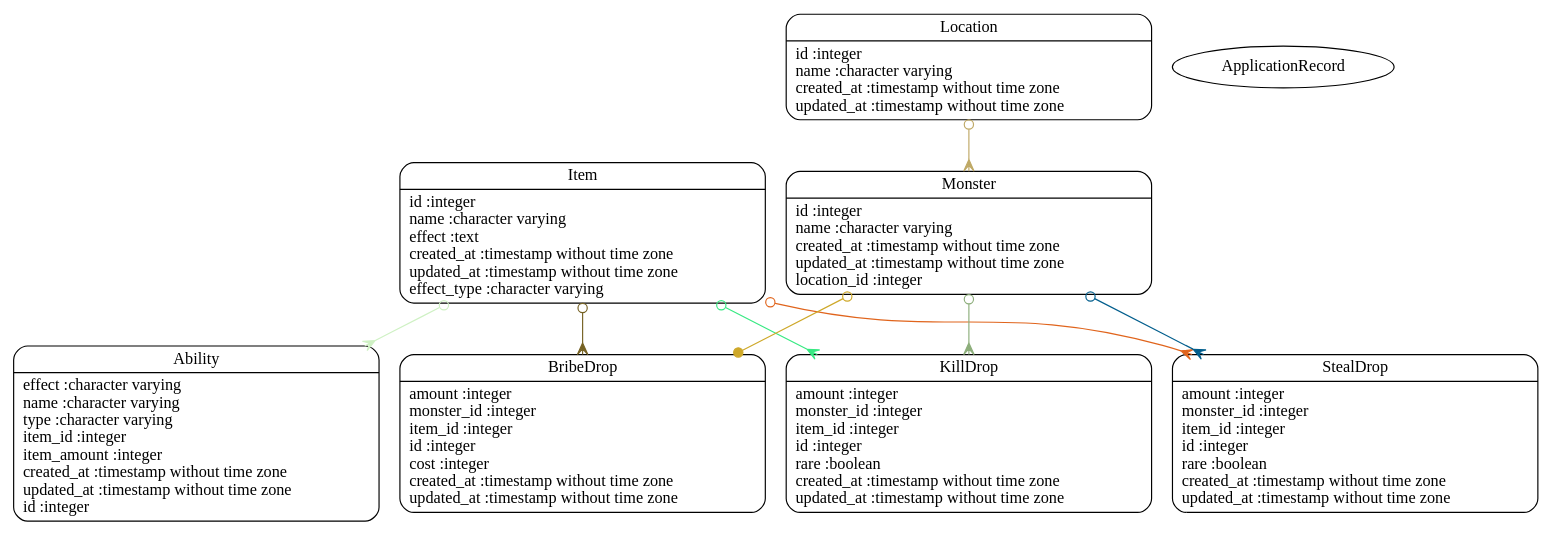
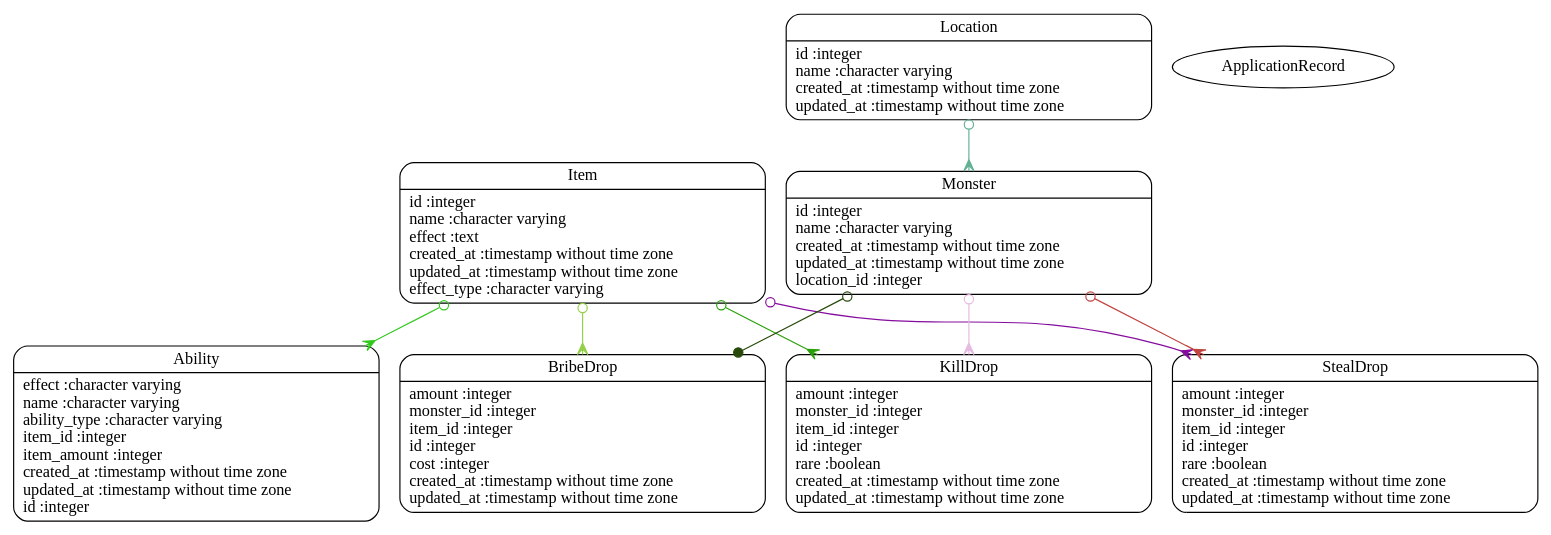
Before and after one commit to ffxindex/ffx-index-api: the diagram in models.dot, drawn with Graphviz. The commit also changed 34 other files, not shown here.

Commit message:
Expanded on location, monster, and item endpoints

```diff
--- a/models.dot
+++ b/models.dot
@@ -1,19 +1,19 @@
 digraph models_diagram {
 	graph[overlap=false, splines=true, bgcolor="none"]
-	"Ability" [shape=Mrecord, label="{Ability|effect :character varying\lname :character varying\ltype :character varying\litem_id :integer\litem_amount :integer\lcreated_at :timestamp without time zone\lupdated_at :timestamp without time zone\lid :integer\l}"]
+	"Ability" [shape=Mrecord, label="{Ability|effect :character varying\lname :character varying\lability_type :character varying\litem_id :integer\litem_amount :integer\lcreated_at :timestamp without time zone\lupdated_at :timestamp without time zone\lid :integer\l}"]
 	"ApplicationRecord" []
 	"BribeDrop" [shape=Mrecord, label="{BribeDrop|amount :integer\lmonster_id :integer\litem_id :integer\lid :integer\lcost :integer\lcreated_at :timestamp without time zone\lupdated_at :timestamp without time zone\l}"]
 	"Item" [shape=Mrecord, label="{Item|id :integer\lname :character varying\leffect :text\lcreated_at :timestamp without time zone\lupdated_at :timestamp without time zone\leffect_type :character varying\l}"]
 	"KillDrop" [shape=Mrecord, label="{KillDrop|amount :integer\lmonster_id :integer\litem_id :integer\lid :integer\lrare :boolean\lcreated_at :timestamp without time zone\lupdated_at :timestamp without time zone\l}"]
 	"Location" [shape=Mrecord, label="{Location|id :integer\lname :character varying\lcreated_at :timestamp without time zone\lupdated_at :timestamp without time zone\l}"]
 	"Monster" [shape=Mrecord, label="{Monster|id :integer\lname :character varying\lcreated_at :timestamp without time zone\lupdated_at :timestamp without time zone\llocation_id :integer\l}"]
 	"StealDrop" [shape=Mrecord, label="{StealDrop|amount :integer\lmonster_id :integer\litem_id :integer\lid :integer\lrare :boolean\lcreated_at :timestamp without time zone\lupdated_at :timestamp without time zone\l}"]
-	"Item" -> "Ability" [arrowtail=odot, arrowhead=crow, dir=both color="#CFF1C4"]
-	"Item" -> "KillDrop" [arrowtail=odot, arrowhead=crow, dir=both color="#37E982"]
-	"Item" -> "StealDrop" [arrowtail=odot, arrowhead=crow, dir=both color="#E0641C"]
-	"Item" -> "BribeDrop" [arrowtail=odot, arrowhead=crow, dir=both color="#766224"]
-	"Location" -> "Monster" [arrowtail=odot, arrowhead=crow, dir=both color="#BFA966"]
-	"Monster" -> "KillDrop" [arrowtail=odot, arrowhead=crow, dir=both color="#8DAE7B"]
-	"Monster" -> "StealDrop" [arrowtail=odot, arrowhead=crow, dir=both color="#025E8D"]
-	"Monster" -> "BribeDrop" [arrowtail=odot, arrowhead=dot, dir=both color="#CEA829"]
+	"Item" -> "Ability" [arrowtail=odot, arrowhead=crow, dir=both color="#33C91F"]
+	"Item" -> "KillDrop" [arrowtail=odot, arrowhead=crow, dir=both color="#29A009"]
+	"Item" -> "StealDrop" [arrowtail=odot, arrowhead=crow, dir=both color="#850C9E"]
+	"Item" -> "BribeDrop" [arrowtail=odot, arrowhead=crow, dir=both color="#93D046"]
+	"Location" -> "Monster" [arrowtail=odot, arrowhead=crow, dir=both color="#62B193"]
+	"Monster" -> "KillDrop" [arrowtail=odot, arrowhead=crow, dir=both color="#E7BAE2"]
+	"Monster" -> "StealDrop" [arrowtail=odot, arrowhead=crow, dir=both color="#C14441"]
+	"Monster" -> "BribeDrop" [arrowtail=odot, arrowhead=dot, dir=both color="#274A0B"]
 }
```
